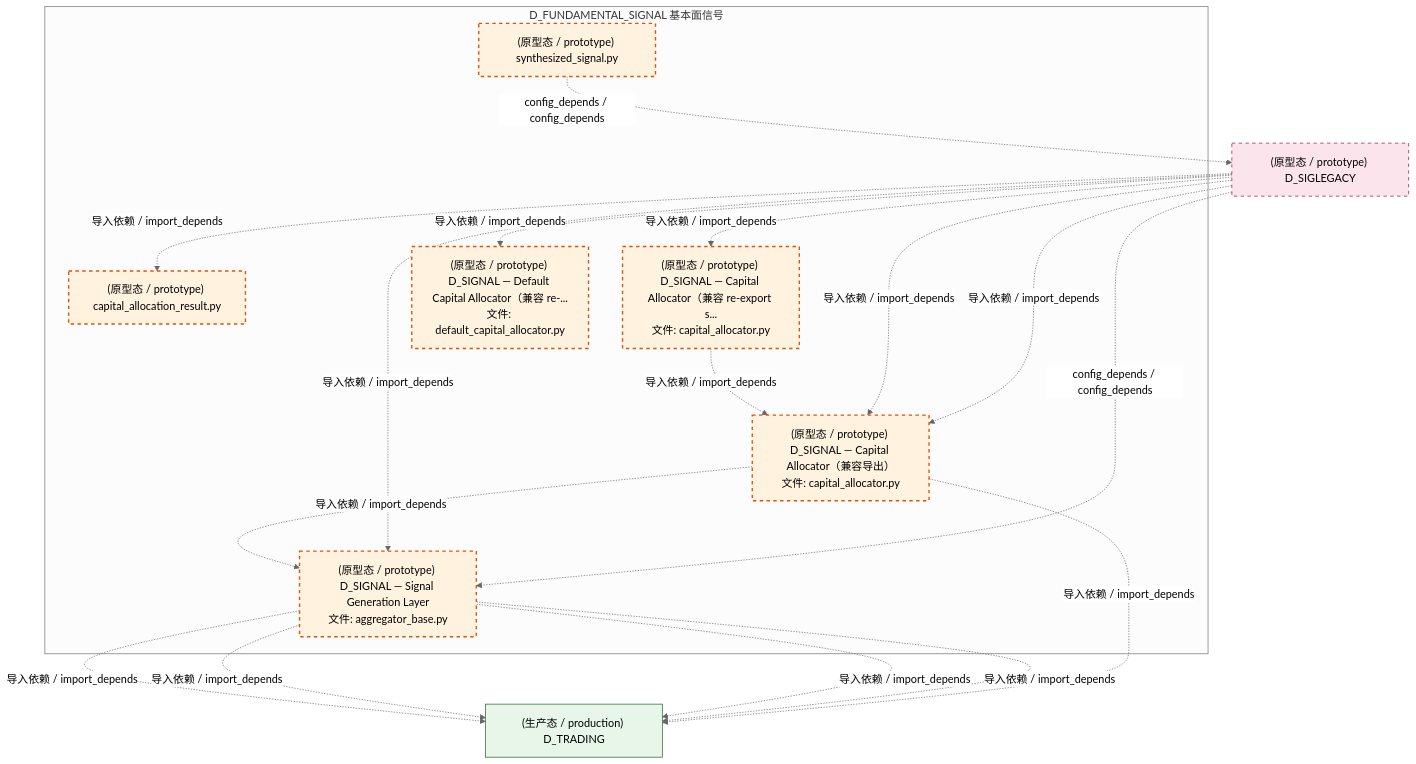
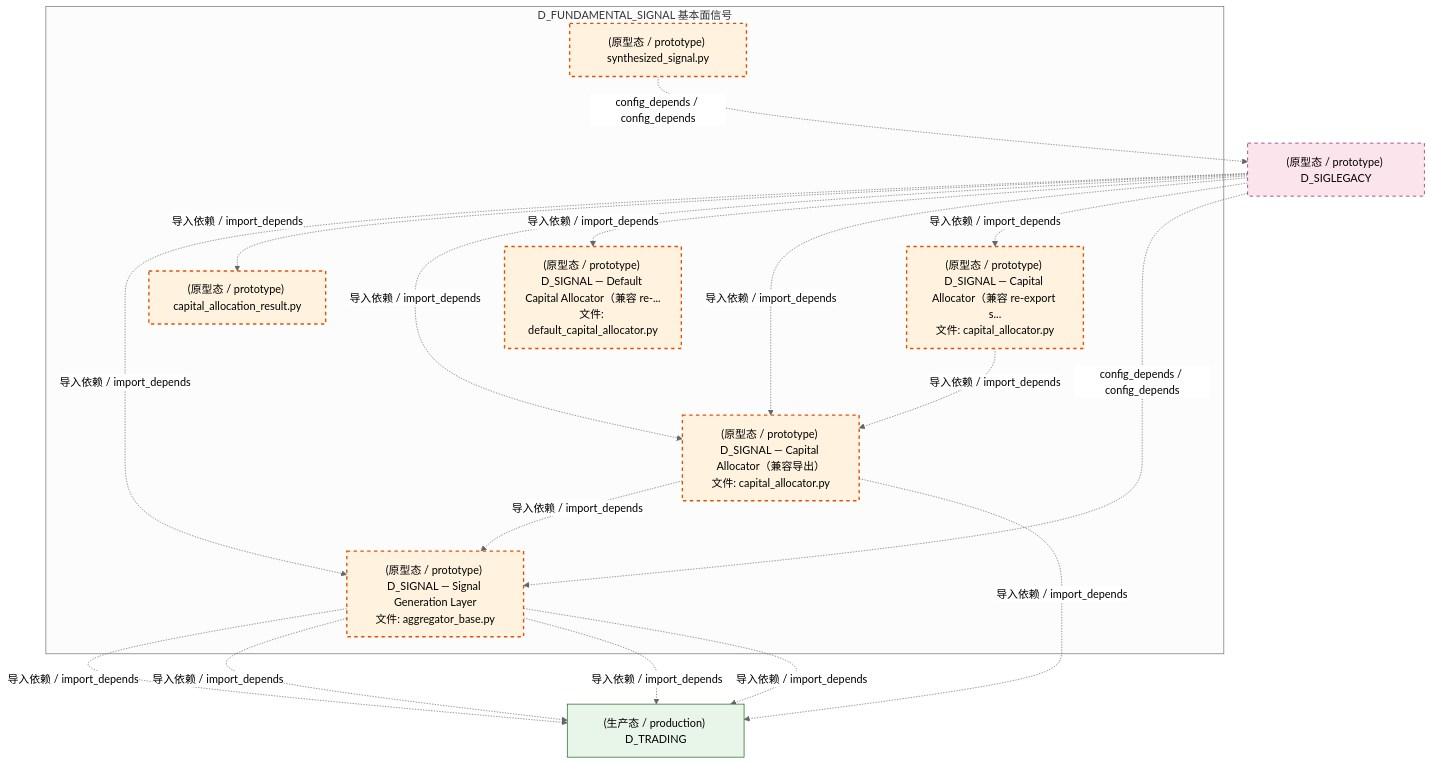
One commit to xuanFelixVan/ZephyrAlpha changed the third of 4 diagrams in docs/02_enterprise_architecture/02_domain_architecture_docs/37_d_fundamental_signal.md. Above: the diagram before and after it, drawn with Mermaid (neutral theme). The commit also changed other lines of this file and 126 other files, not shown here.

````diff
--- a/docs/02_enterprise_architecture/02_domain_architecture_docs/37_d_fundamental_signal.md
+++ b/docs/02_enterprise_architecture/02_domain_architecture_docs/37_d_fundamental_signal.md
@@ -177,35 +177,35 @@
 ```mermaid
 graph TD
     subgraph D_FUNDAMENTAL_SIGNAL["D_FUNDAMENTAL_SIGNAL 基本面信号"]
         src_zephyr_signal_fundamental_capital_capital_allocation_result_py["(原型态 / prototype) capital_allocation_result.py"]
         src_zephyr_signal_fundamental_capital_capital_allocator_py["(原型态 / prototype) D_SIGNAL — Capital Allocator（兼容 re-export s...<br/>文件: capital_allocator.py"]
         src_zephyr_signal_fundamental_capital_default_capital_allocator_py["(原型态 / prototype) D_SIGNAL — Default Capital Allocator（兼容 re-...<br/>文件: default_capital_allocator.py"]
         src_zephyr_signal_fundamental_combiner_synthesized_signal_py["(原型态 / prototype) synthesized_signal.py"]
         src_zephyr_signal_fundamental_gen_aggregator_base_py["(原型态 / prototype) D_SIGNAL — Signal Generation Layer<br/>文件: aggregator_base.py"]
         src_zephyr_signal_fundamental_strategy_capital_allocator_py["(原型态 / prototype) D_SIGNAL — Capital Allocator（兼容导出）<br/>文件: capital_allocator.py"]
     end
     src_zephyr_signal_fundamental_capital_capital_allocator_py -.->|导入依赖 / import_depends| src_zephyr_signal_fundamental_strategy_capital_allocator_py
     src_zephyr_signal_fundamental_strategy_capital_allocator_py -.->|导入依赖 / import_depends| src_zephyr_signal_fundamental_gen_aggregator_base_py
-    D_SIGLEGACY["(原型态 / prototype) D_SIGLEGACY"]
-    src_zephyr_signal_fundamental_combiner_synthesized_signal_py -.->|config_depends / config_depends| D_SIGLEGACY
     D_TRADING["(生产态 / production) D_TRADING"]
     src_zephyr_signal_fundamental_gen_aggregator_base_py -.->|导入依赖 / import_depends| D_TRADING
     src_zephyr_signal_fundamental_gen_aggregator_base_py -.->|导入依赖 / import_depends| D_TRADING
+    src_zephyr_signal_fundamental_strategy_capital_allocator_py -.->|导入依赖 / import_depends| D_TRADING
     src_zephyr_signal_fundamental_gen_aggregator_base_py -.->|导入依赖 / import_depends| D_TRADING
+    D_SIGLEGACY["(原型态 / prototype) D_SIGLEGACY"]
+    src_zephyr_signal_fundamental_combiner_synthesized_signal_py -.->|config_depends / config_depends| D_SIGLEGACY
     src_zephyr_signal_fundamental_gen_aggregator_base_py -.->|导入依赖 / import_depends| D_TRADING
-    src_zephyr_signal_fundamental_strategy_capital_allocator_py -.->|导入依赖 / import_depends| D_TRADING
     D_SIGLEGACY -.->|导入依赖 / import_depends| src_zephyr_signal_fundamental_gen_aggregator_base_py
     D_SIGLEGACY -.->|导入依赖 / import_depends| src_zephyr_signal_fundamental_capital_capital_allocation_result_py
     D_SIGLEGACY -.->|导入依赖 / import_depends| src_zephyr_signal_fundamental_strategy_capital_allocator_py
     D_SIGLEGACY -.->|导入依赖 / import_depends| src_zephyr_signal_fundamental_capital_default_capital_allocator_py
     D_SIGLEGACY -.->|导入依赖 / import_depends| src_zephyr_signal_fundamental_strategy_capital_allocator_py
+    D_SIGLEGACY -.->|导入依赖 / import_depends| src_zephyr_signal_fundamental_capital_capital_allocator_py
     D_SIGLEGACY -.->|config_depends / config_depends| src_zephyr_signal_fundamental_gen_aggregator_base_py
-    D_SIGLEGACY -.->|导入依赖 / import_depends| src_zephyr_signal_fundamental_capital_capital_allocator_py
     classDef production fill:#e1f5fe,stroke:#01579b,stroke-width:2px,color:#000
     classDef design fill:#fff3e0,stroke:#e65100,stroke-width:2px,color:#000,stroke-dasharray: 5 5
     classDef external_prod fill:#e8f5e9,stroke:#1b5e20,stroke-width:1px,color:#000
     classDef external_design fill:#fce4ec,stroke:#880e4f,stroke-width:1px,color:#000,stroke-dasharray: 5 5
     class src_zephyr_signal_fundamental_capital_capital_allocation_result_py,src_zephyr_signal_fundamental_capital_capital_allocator_py,src_zephyr_signal_fundamental_capital_default_capital_allocator_py,src_zephyr_signal_fundamental_combiner_synthesized_signal_py,src_zephyr_signal_fundamental_gen_aggregator_base_py,src_zephyr_signal_fundamental_strategy_capital_allocator_py design
     class D_TRADING external_prod
     class D_SIGLEGACY external_design
 ```
````
